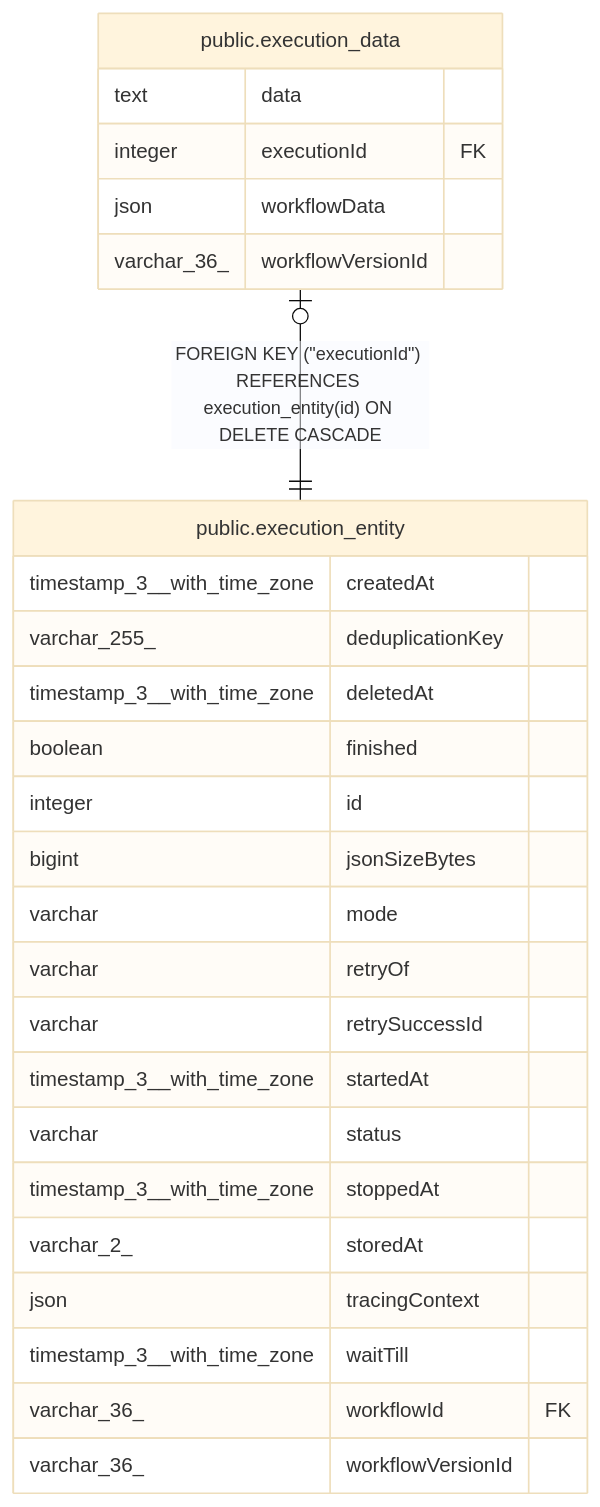
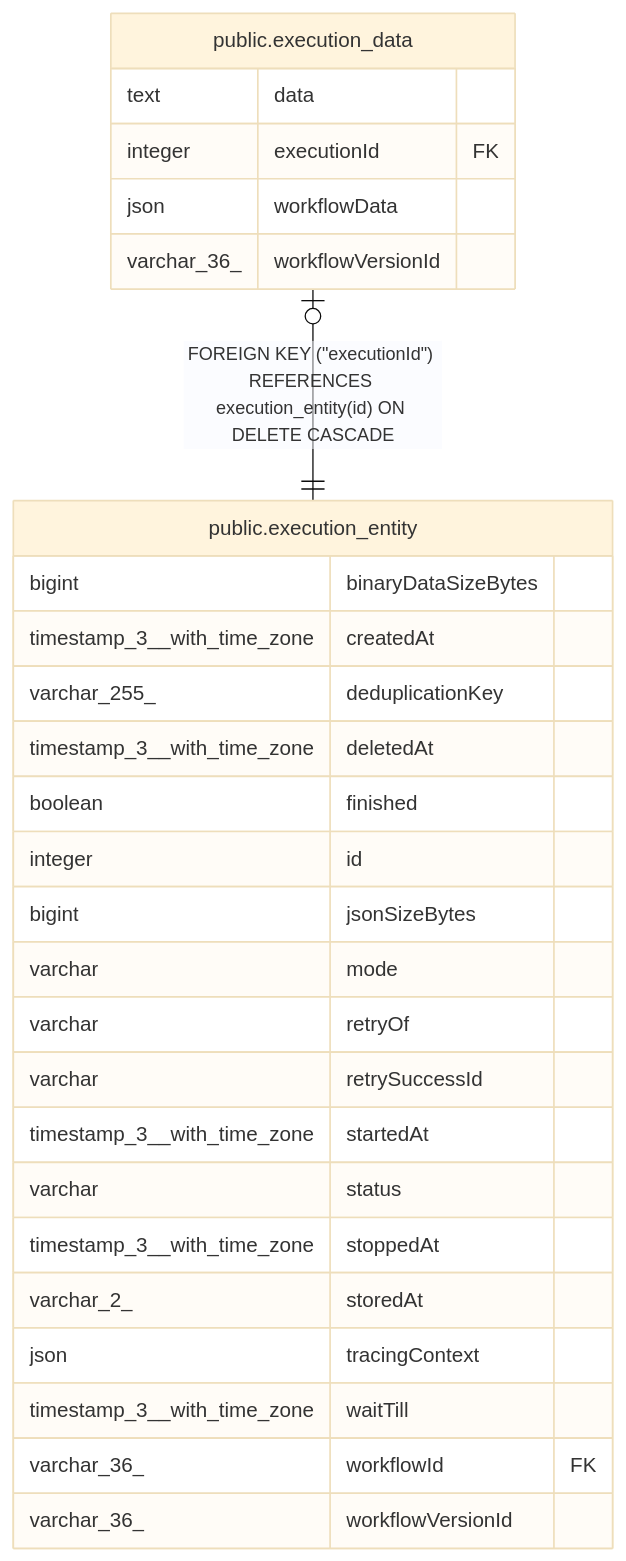
One commit to ggrace519/n8n changed the diagram in docs/generated/postgres-schema/public.execution_data.md. Above: the diagram before and after it, drawn with Mermaid (base theme). The commit also changed 31 other files, not shown here.

Commit message:
feat(core): Track binary data size on execution entity rows (no-changelog) (#32387)

````diff
--- a/docs/generated/postgres-schema/public.execution_data.md
+++ b/docs/generated/postgres-schema/public.execution_data.md
@@ -30,31 +30,32 @@
 ```mermaid
 erDiagram
 
 "public.execution_data" |o--|| "public.execution_entity" : "FOREIGN KEY (#quot;executionId#quot;) REFERENCES execution_entity(id) ON DELETE CASCADE"
 
 "public.execution_data" {
   text data
   integer executionId FK
   json workflowData
   varchar_36_ workflowVersionId
 }
 "public.execution_entity" {
+  bigint binaryDataSizeBytes
   timestamp_3__with_time_zone createdAt
   varchar_255_ deduplicationKey
   timestamp_3__with_time_zone deletedAt
   boolean finished
   integer id
   bigint jsonSizeBytes
   varchar mode
   varchar retryOf
   varchar retrySuccessId
   timestamp_3__with_time_zone startedAt
   varchar status
   timestamp_3__with_time_zone stoppedAt
   varchar_2_ storedAt
   json tracingContext
   timestamp_3__with_time_zone waitTill
   varchar_36_ workflowId FK
   varchar_36_ workflowVersionId
 }
 ```
````
